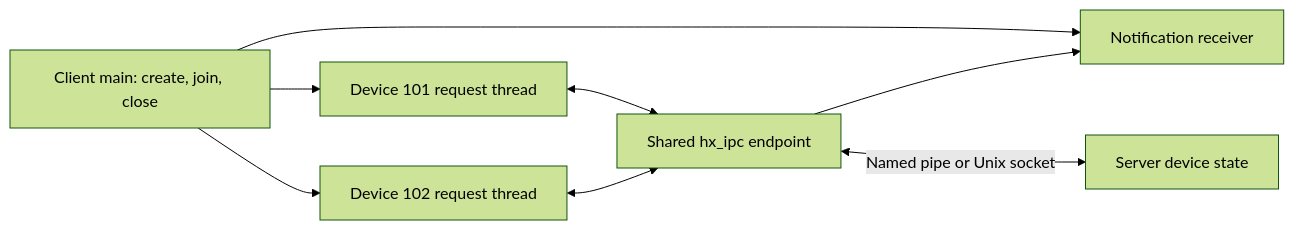
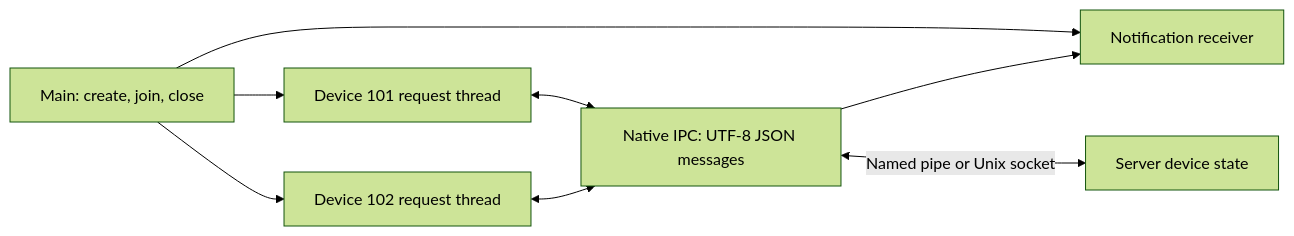
One commit to HuangX666/hx_c_platform changed the diagram in docs/IPC_BUSINESS.md. Above: the diagram before and after it, drawn with Mermaid (forest theme). The commit also changed other lines of this file and 32 other files, not shown here.

````diff
--- a/docs/IPC_BUSINESS.md
+++ b/docs/IPC_BUSINESS.md
@@ -52,10 +52,10 @@
 ```mermaid
 flowchart LR
-    Main[Client main: create, join, close] --> A[Device 101 request thread]
+    Main[Main: create, join, close] --> A[Device 101 request thread]
     Main --> B[Device 102 request thread]
     Main --> R[Notification receiver]
-    A <--> I[Shared hx_ipc endpoint]
+    A <--> I[Native IPC: UTF-8 JSON messages]
     B <--> I
     I --> R
     I <-->|Named pipe or Unix socket| S[Server device state]
 ```
````
